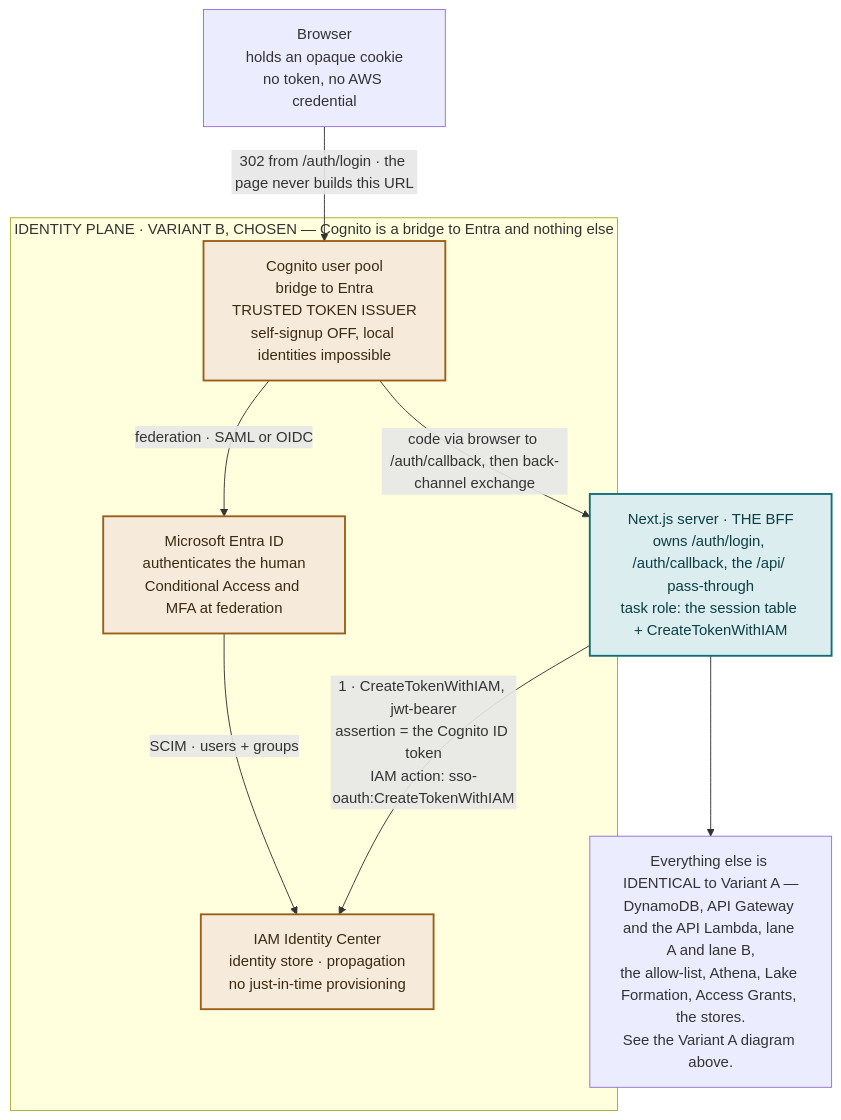
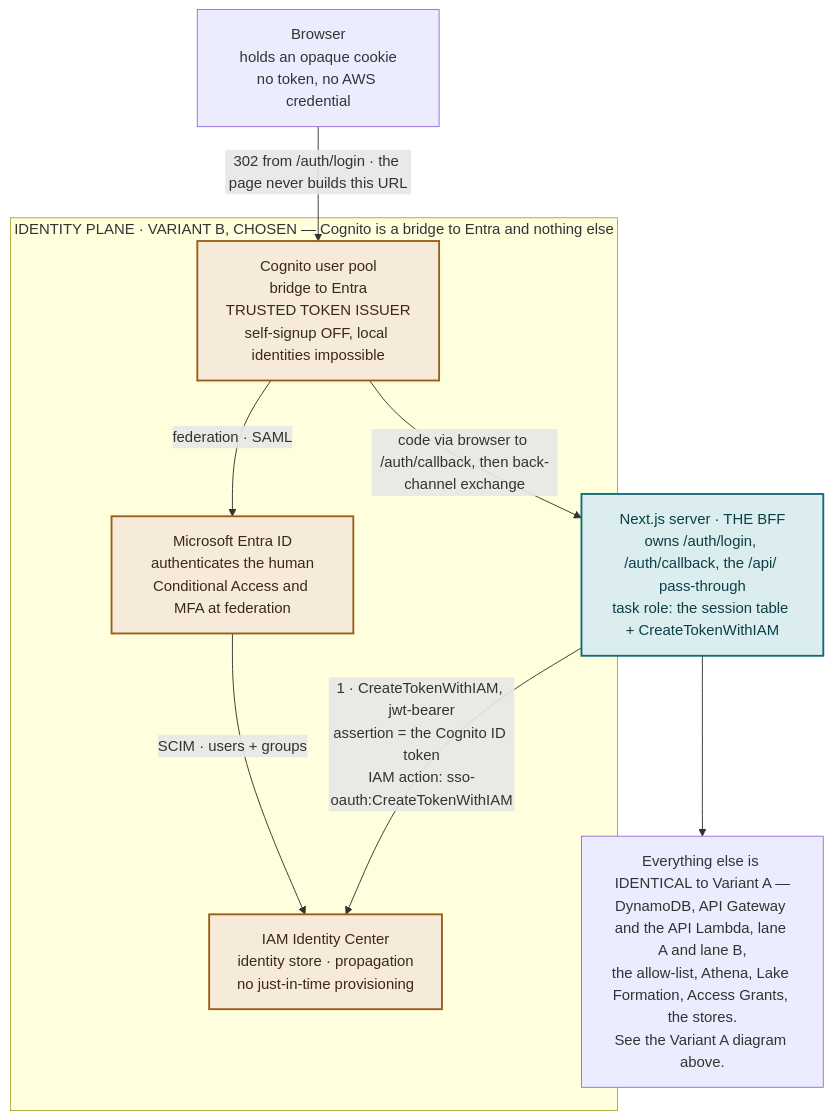
Before and after one commit to agriffi10/data-analysis-prototype: the second of 3 diagrams in docs/target-architecture-variants.md, drawn with Mermaid. The commit also changed other lines of this file and 3 other files, not shown here.

Commit message:
SPEC-265 (Draft): the bridge pool signs in through Entra over SAML, keyed on the object id (#1023)

````diff
--- a/docs/target-architecture-variants.md
+++ b/docs/target-architecture-variants.md
@@ -184,25 +184,25 @@
 ```mermaid
 flowchart TB
   BR["Browser<br/>holds an opaque cookie<br/>no token, no AWS credential"]
 
   subgraph IDPLANE["IDENTITY PLANE · VARIANT B, CHOSEN — Cognito is a bridge to Entra and nothing else"]
     COG["Cognito user pool<br/>bridge to Entra<br/>TRUSTED TOKEN ISSUER<br/>self-signup OFF, local identities impossible"]
     ENTRA["Microsoft Entra ID<br/>authenticates the human<br/>Conditional Access and MFA at federation"]
     IDC["IAM Identity Center<br/>identity store · propagation<br/>no just-in-time provisioning"]
-    COG -->|"federation · SAML or OIDC"| ENTRA
+    COG -->|"federation · SAML"| ENTRA
     ENTRA -->|"SCIM · users + groups"| IDC
   end
 
   WEB["Next.js server · THE BFF<br/>owns /auth/login, /auth/callback, the /api/ pass-through<br/>task role: the session table + CreateTokenWithIAM"]
   SAME["Everything else is IDENTICAL to Variant A —<br/>DynamoDB, API Gateway and the API Lambda, lane A and lane B,<br/>the allow-list, Athena, Lake Formation, Access Grants, the stores.<br/>See the Variant A diagram above."]
 
   BR -->|"302 from /auth/login · the page never builds this URL"| COG
   COG -->|"code via browser to /auth/callback, then back-channel exchange"| WEB
   WEB -->|"1 · CreateTokenWithIAM, jwt-bearer<br/>assertion = the Cognito ID token<br/>IAM action: sso-oauth:CreateTokenWithIAM"| IDC
   WEB --> SAME
 
   classDef variant fill:#F6EADA,stroke:#9B5D18,stroke-width:2px,color:#3A2A12
   classDef session fill:#DBEDEF,stroke:#0E6E78,stroke-width:2px,color:#0B3F45
   class COG,ENTRA,IDC variant
   class WEB session
 ```
````
